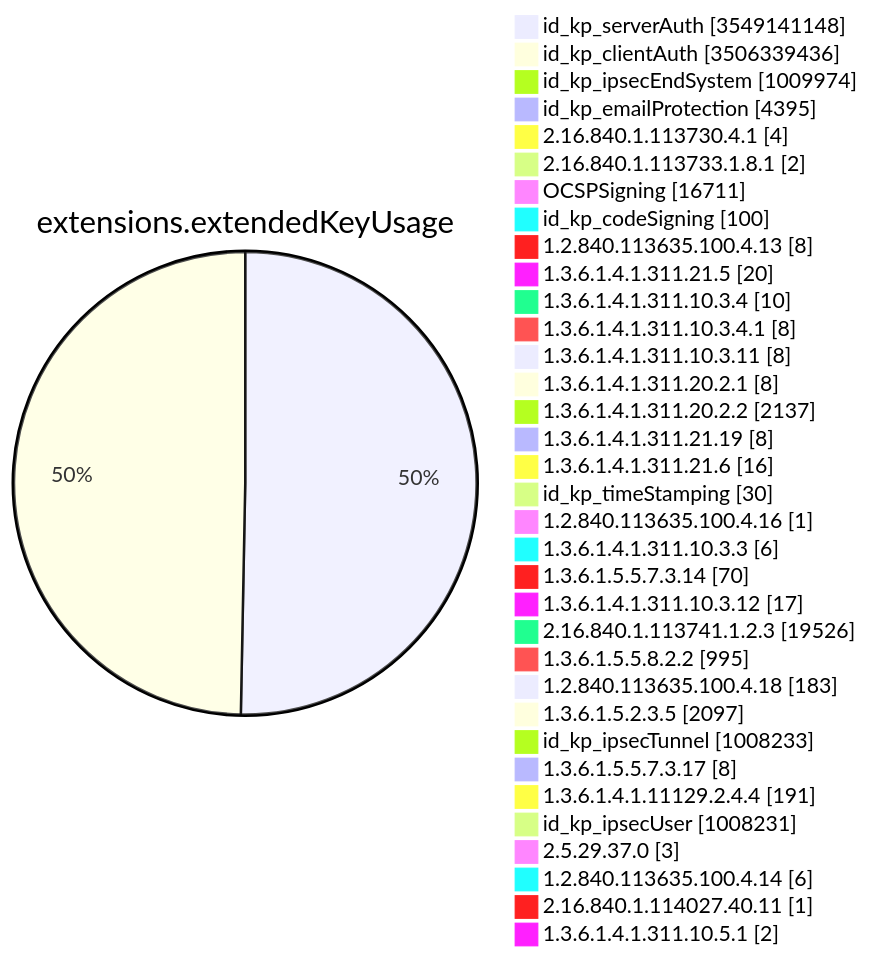
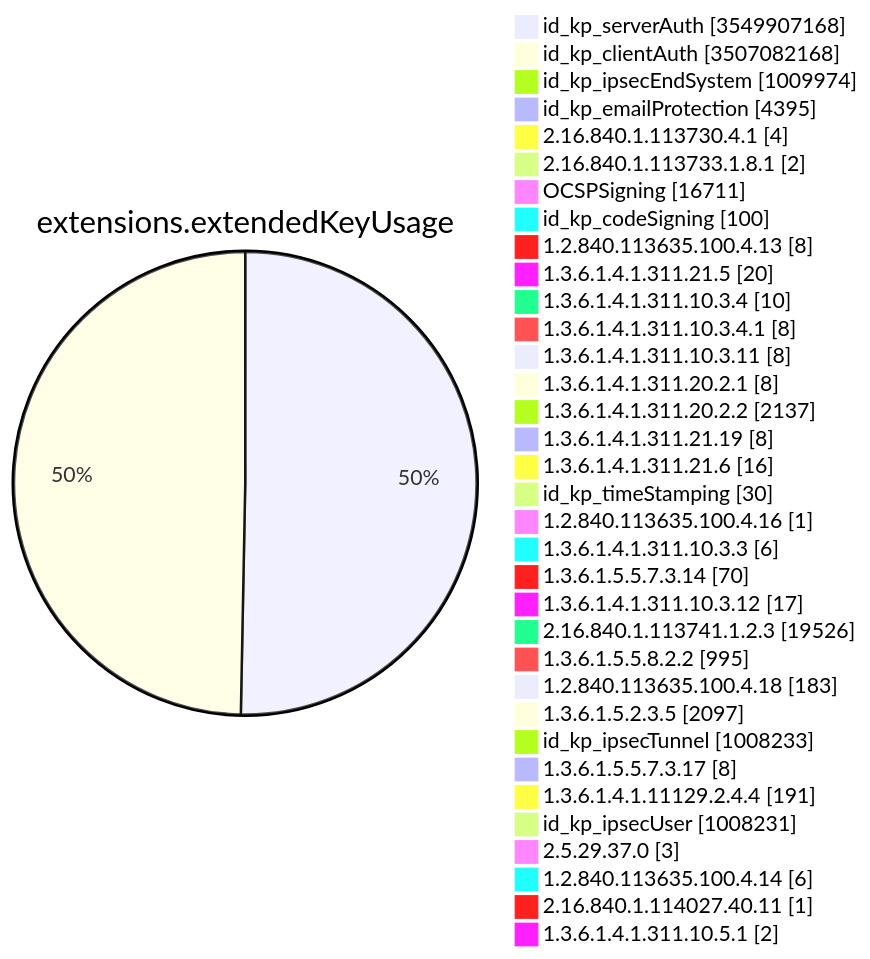
One commit to christiankrug/ctmonitor_visualization changed diagram 11 of 15 in TOTAL/README.md. Above: the diagram before and after it, drawn with Mermaid. The commit also changed other lines of this file, not shown here.

````diff
--- a/TOTAL/README.md
+++ b/TOTAL/README.md
@@ -4127,38 +4127,38 @@
 ```mermaid
 pie showData
 title extensions.extendedKeyUsage
-"id_kp_serverAuth" :3549141148
-"id_kp_clientAuth" :3506339436
+"id_kp_serverAuth" :3549907168
+"id_kp_clientAuth" :3507082168
 "id_kp_ipsecEndSystem" :1009974
 "id_kp_emailProtection" :4395
 "2.16.840.1.113730.4.1" :4
 "2.16.840.1.113733.1.8.1" :2
 "OCSPSigning" :16711
 "id_kp_codeSigning" :100
 "1.2.840.113635.100.4.13" :8
 "1.3.6.1.4.1.311.21.5" :20
 "1.3.6.1.4.1.311.10.3.4" :10
 "1.3.6.1.4.1.311.10.3.4.1" :8
 "1.3.6.1.4.1.311.10.3.11" :8
 "1.3.6.1.4.1.311.20.2.1" :8
 "1.3.6.1.4.1.311.20.2.2" :2137
 "1.3.6.1.4.1.311.21.19" :8
 "1.3.6.1.4.1.311.21.6" :16
 "id_kp_timeStamping" :30
 "1.2.840.113635.100.4.16" :1
 "1.3.6.1.4.1.311.10.3.3" :6
 "1.3.6.1.5.5.7.3.14" :70
 "1.3.6.1.4.1.311.10.3.12" :17
 "2.16.840.1.113741.1.2.3" :19526
 "1.3.6.1.5.5.8.2.2" :995
 "1.2.840.113635.100.4.18" :183
 "1.3.6.1.5.2.3.5" :2097
 "id_kp_ipsecTunnel" :1008233
 "1.3.6.1.5.5.7.3.17" :8
 "1.3.6.1.4.1.11129.2.4.4" :191
 "id_kp_ipsecUser" :1008231
 "2.5.29.37.0" :3
 "1.2.840.113635.100.4.14" :6
 "2.16.840.1.114027.40.11" :1
 "1.3.6.1.4.1.311.10.5.1" :2
 ```
````
